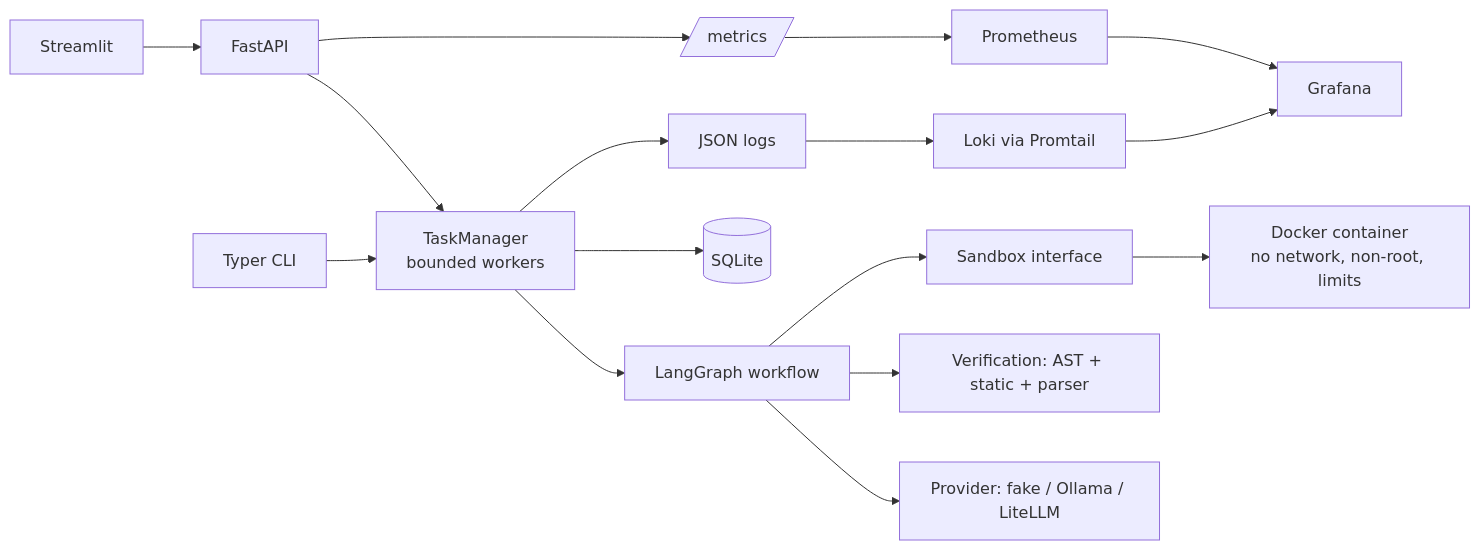
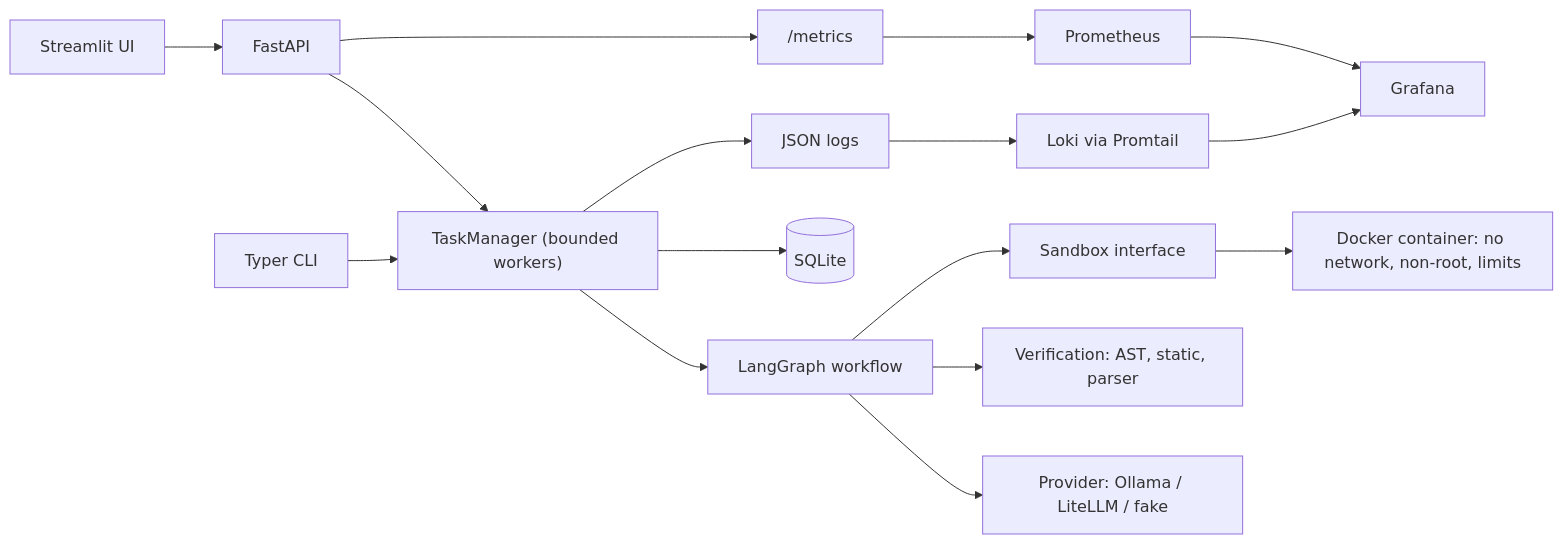
The first of 2 diagrams in README.md (SalaheddinE-ai/Safe-Loop), drawn with Mermaid before and after one commit. The commit also changed other lines of this file, not shown here.

````diff
--- a/README.md
+++ b/README.md
@@ -58,14 +80,14 @@
 ```mermaid
 flowchart LR
-  UI[Streamlit] --> API[FastAPI]
-  CLI[Typer CLI] --> SVC
-  API --> SVC[TaskManager<br/>bounded workers]
-  SVC --> WF[LangGraph workflow]
-  WF --> P[Provider: fake / Ollama / LiteLLM]
-  WF --> V[Verification: AST + static + parser]
-  WF --> SB[Sandbox interface]
-  SB --> D[Docker container<br/>no network, non-root, limits]
-  SVC --> DB[(SQLite)]
-  API --> M[/metrics/] --> PR[Prometheus] --> G[Grafana]
-  SVC --> L[JSON logs] --> LK[Loki via Promtail] --> G
+  UI["Streamlit UI"] --> API["FastAPI"]
+  CLI["Typer CLI"] --> SVC
+  API --> SVC["TaskManager (bounded workers)"]
+  SVC --> WF["LangGraph workflow"]
+  WF --> PRV["Provider: Ollama / LiteLLM / fake"]
+  WF --> VER["Verification: AST, static, parser"]
+  WF --> SBX["Sandbox interface"]
+  SBX --> DKR["Docker container: no network, non-root, limits"]
+  SVC --> DB[("SQLite")]
+  API --> MET["/metrics"] --> PRM["Prometheus"] --> GRF["Grafana"]
+  SVC --> LOG["JSON logs"] --> LOK["Loki via Promtail"] --> GRF
 ```
````
